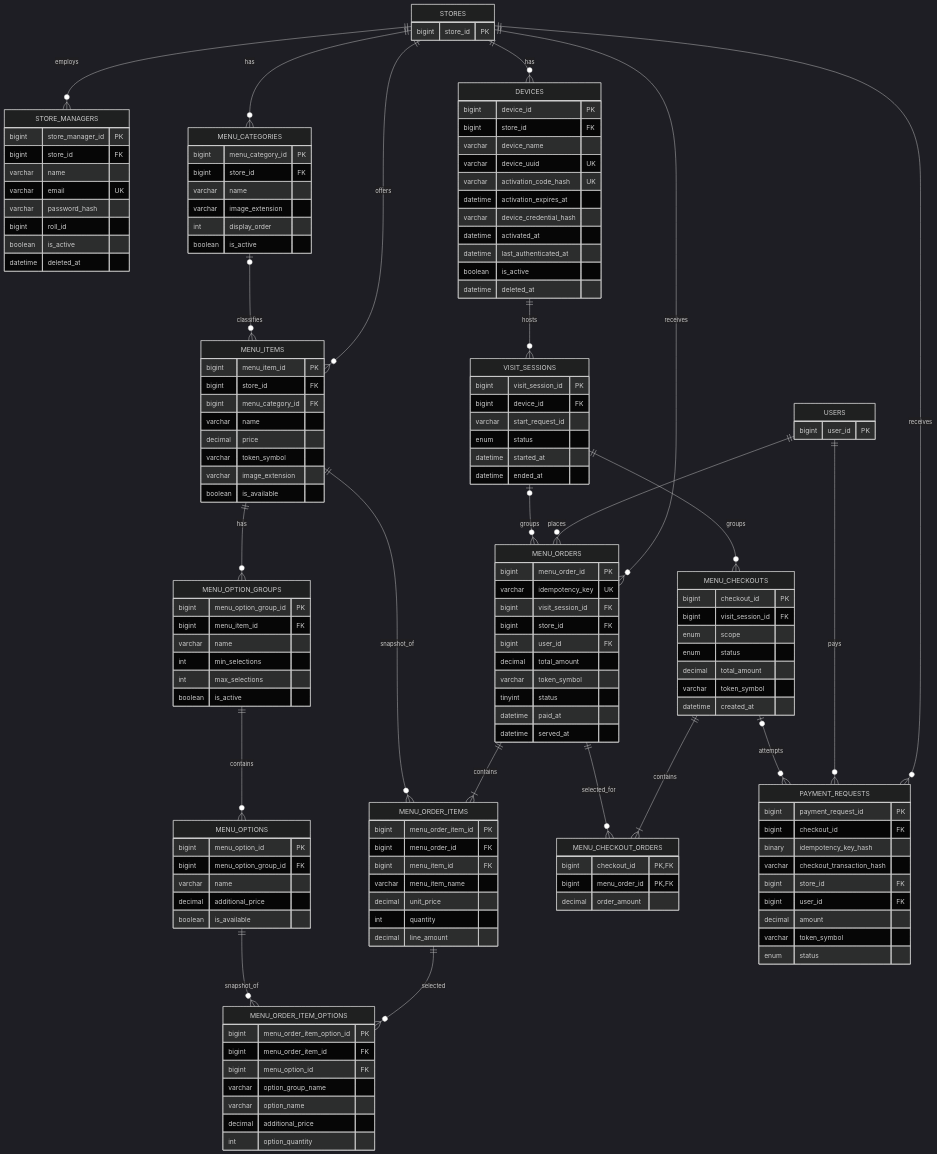
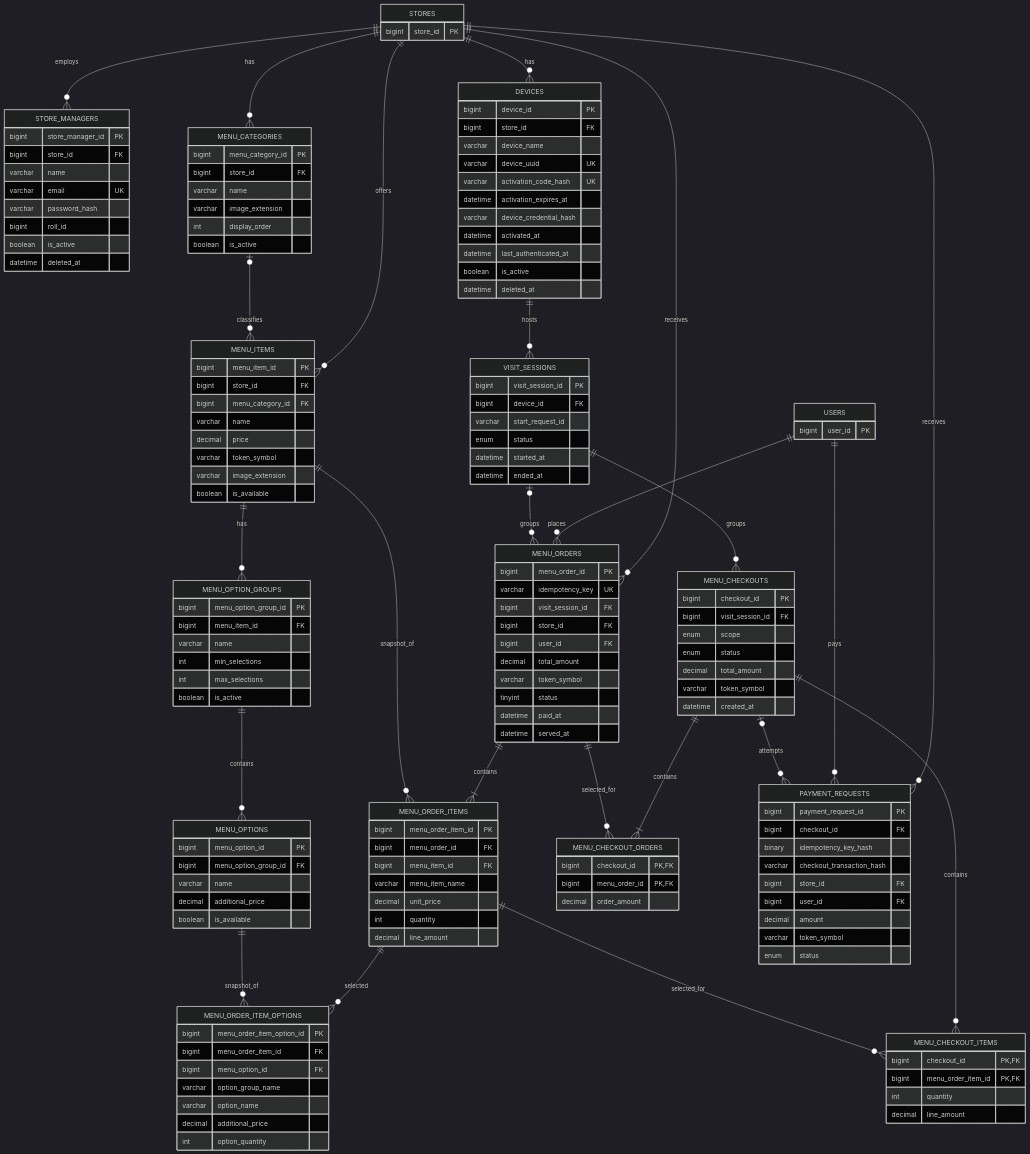
One commit to terao06/teraid-pay-api changed the diagram in docs/DB構成.md. Above: the diagram before and after it, drawn with Mermaid (dark theme). The commit also changed other lines of this file and 1 other file, not shown here.

```diff
--- a/docs/DB構成.md
+++ b/docs/DB構成.md
@@ -273,6 +287,8 @@
     VISIT_SESSIONS ||--o{ MENU_CHECKOUTS : groups
     MENU_CHECKOUTS ||--|{ MENU_CHECKOUT_ORDERS : contains
     MENU_ORDERS ||--o{ MENU_CHECKOUT_ORDERS : selected_for
+    MENU_CHECKOUTS ||--o{ MENU_CHECKOUT_ITEMS : contains
+    MENU_ORDER_ITEMS ||--o{ MENU_CHECKOUT_ITEMS : selected_for
     MENU_OPTIONS ||--o{ MENU_ORDER_ITEM_OPTIONS : snapshot_of
 
     STORES ||--o{ PAYMENT_REQUESTS : receives
@@ -387,6 +403,13 @@
         decimal order_amount
     }
 
+    MENU_CHECKOUT_ITEMS {
+        bigint checkout_id PK, FK
+        bigint menu_order_item_id PK, FK
+        int quantity
+        decimal line_amount
+    }
+
     MENU_ORDER_ITEMS {
         bigint menu_order_item_id PK
         bigint menu_order_id FK
```
